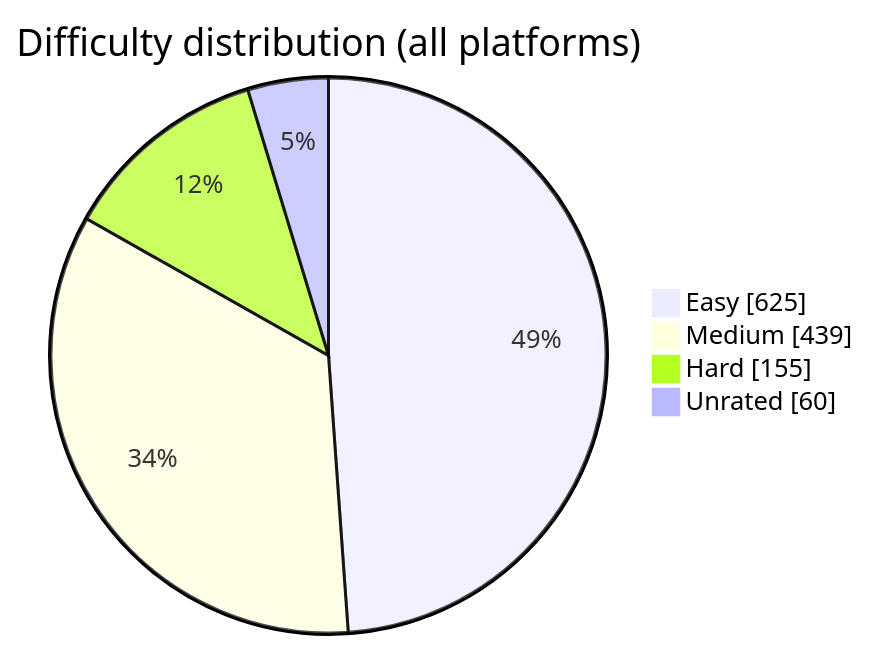
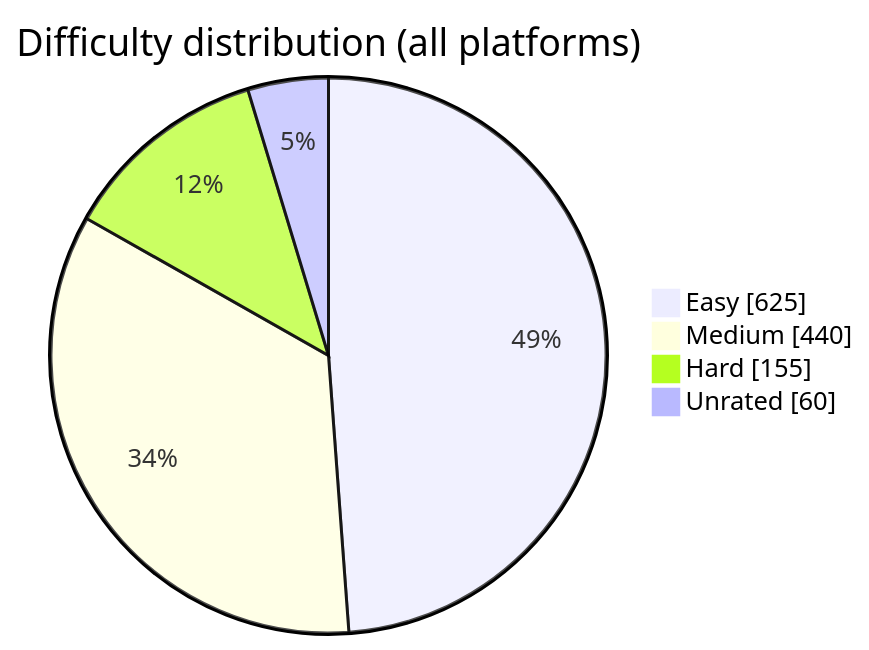
The diagram in README.md (BuildbyArindam/Daily-Coding-Log), drawn with Mermaid before and after one commit. The commit also changed other lines of this file, not shown here.

````diff
--- a/README.md
+++ b/README.md
@@ -93,7 +93,7 @@
 ```mermaid
 pie showData title Difficulty distribution (all platforms)
     "Easy" : 625
-    "Medium" : 439
+    "Medium" : 440
     "Hard" : 155
     "Unrated" : 60
 ```
````
